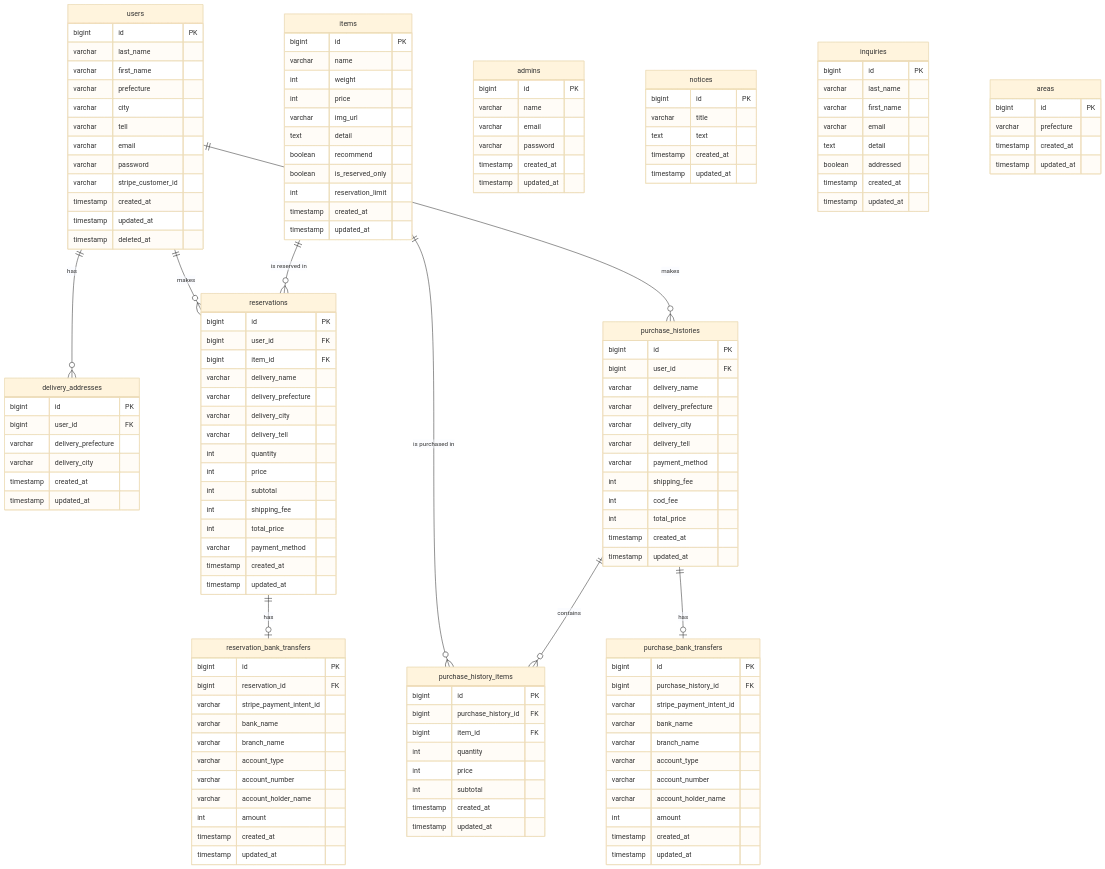
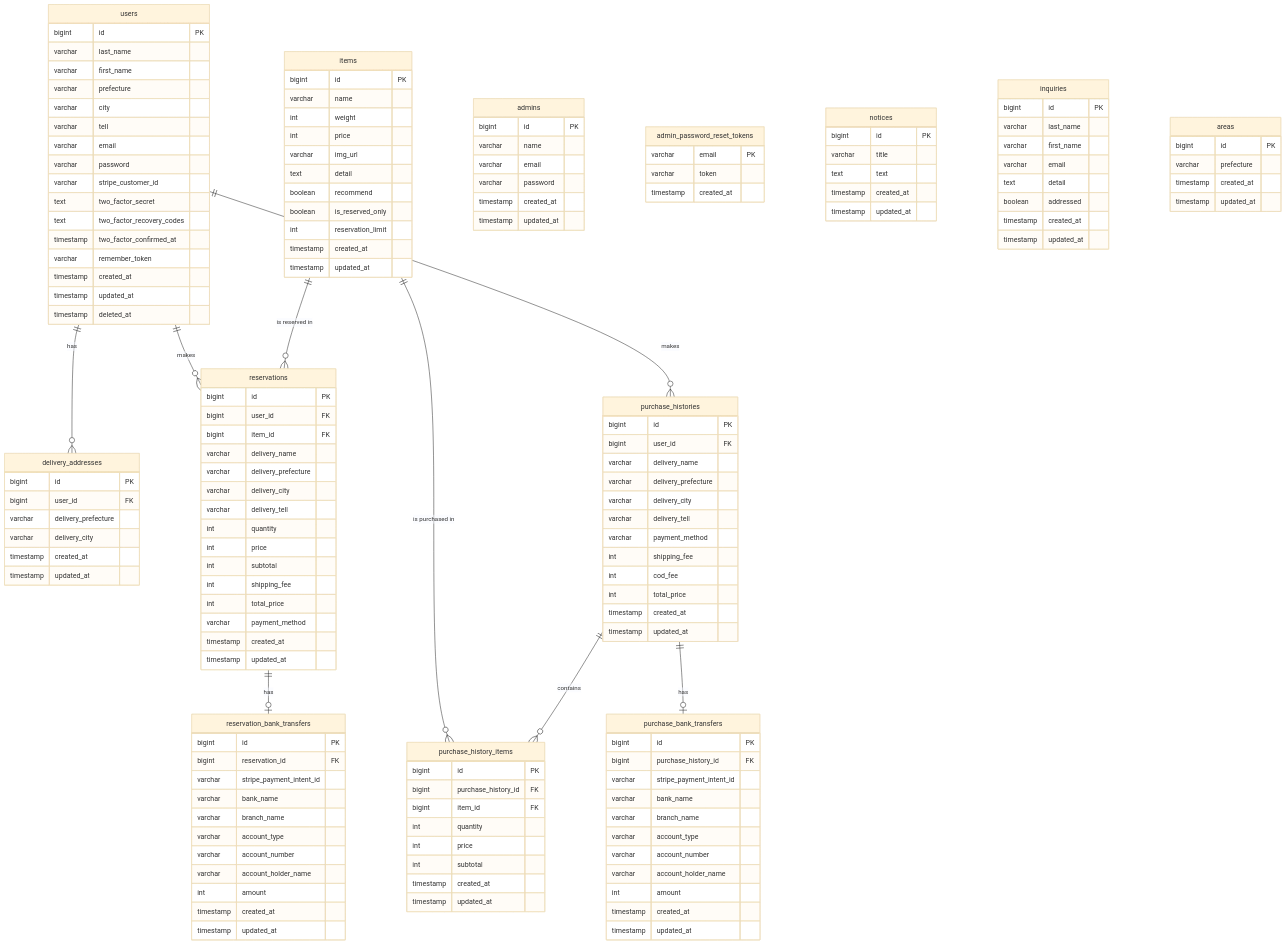
Before and after one commit to basstuba/shioyafarm: the diagram in docs/06-er-diagram.md, drawn with Mermaid (base theme). The commit also changed other lines of this file and 61 other files, not shown here.

```diff
--- a/docs/06-er-diagram.md
+++ b/docs/06-er-diagram.md
@@ -27,6 +35,10 @@
         varchar email
         varchar password
         varchar stripe_customer_id
+        text two_factor_secret
+        text two_factor_recovery_codes
+        timestamp two_factor_confirmed_at
+        varchar remember_token
         timestamp created_at
         timestamp updated_at
         timestamp deleted_at
@@ -136,6 +148,12 @@
         timestamp updated_at
     }
 
+    admin_password_reset_tokens {
+        varchar email PK
+        varchar token
+        timestamp created_at
+    }
+
     notices {
         bigint id PK
         varchar title
```
